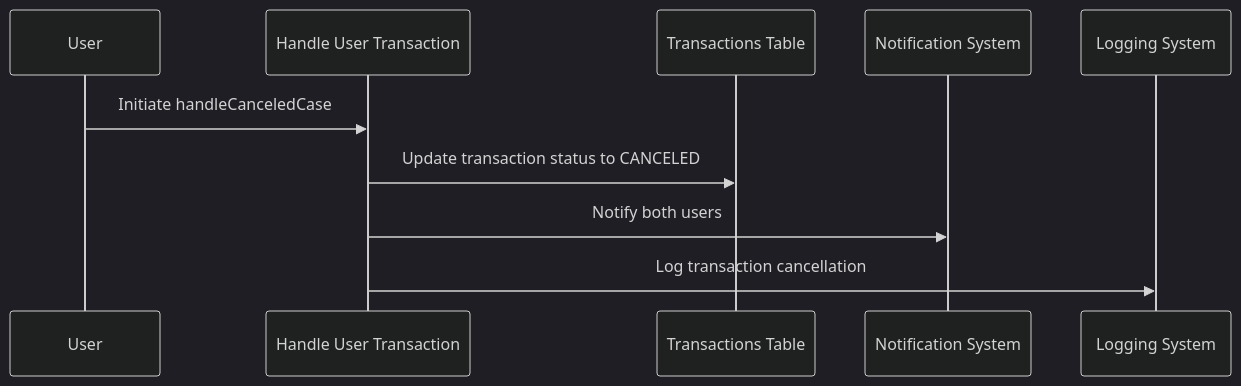
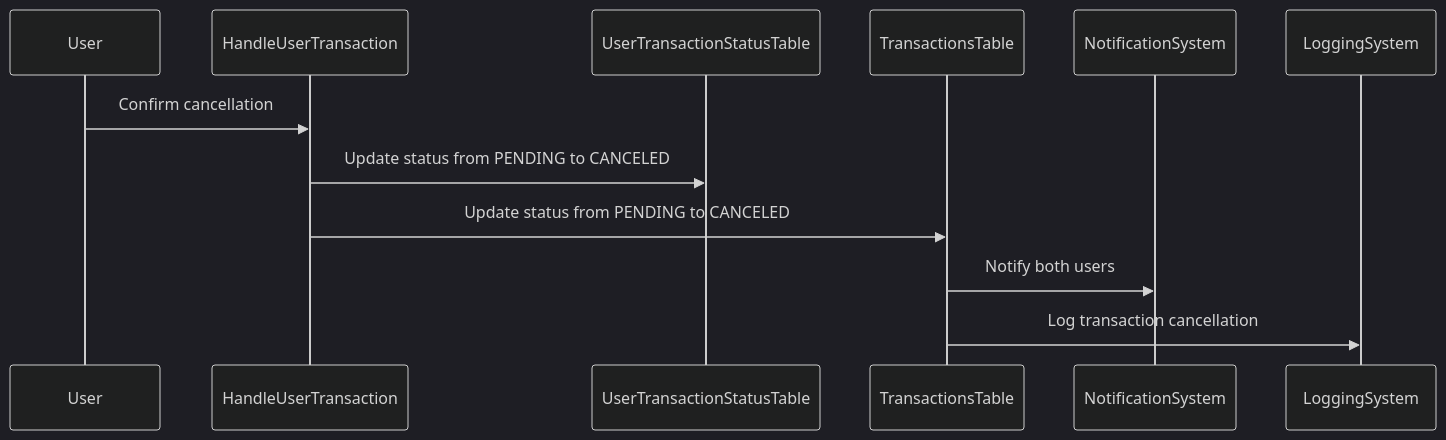
The second of 11 diagrams in documents/Exchange.flow.md (Loknong/book-exchange), drawn with Mermaid (dark theme) before and after one commit. The commit also changed other lines of this file and 1 other file, not shown here.

````diff
--- a/documents/Exchange.flow.md
+++ b/documents/Exchange.flow.md
@@ -112,13 +110,15 @@
 ```mermaid
 sequenceDiagram
-    participant User
-    participant HandleUserTransaction as Handle User Transaction
-    participant TransactionsTable as Transactions Table
-    participant NotificationSystem as Notification System
-    participant LoggingSystem as Logging System
+    %% participant User
+    %% participant HandleUserTransaction as Handle User Transaction
+    %% participant TransactionsTable as Transactions Table
+    %% participant NotificationSystem as Notification System
+    %% participant LoggingSystem as Logging System
 
-    User->>HandleUserTransaction: Initiate handleCanceledCase
-    HandleUserTransaction->>TransactionsTable: Update transaction status to CANCELED
-    HandleUserTransaction->>NotificationSystem: Notify both users
-    HandleUserTransaction->>LoggingSystem: Log transaction cancellation
+    User->>HandleUserTransaction: Confirm cancellation
+    HandleUserTransaction->>UserTransactionStatusTable: Update status from PENDING to CANCELED
+
+    HandleUserTransaction->>TransactionsTable: Update status from PENDING to CANCELED
+    TransactionsTable->>NotificationSystem: Notify both users
+    TransactionsTable->>LoggingSystem: Log transaction cancellation
 ```
````
